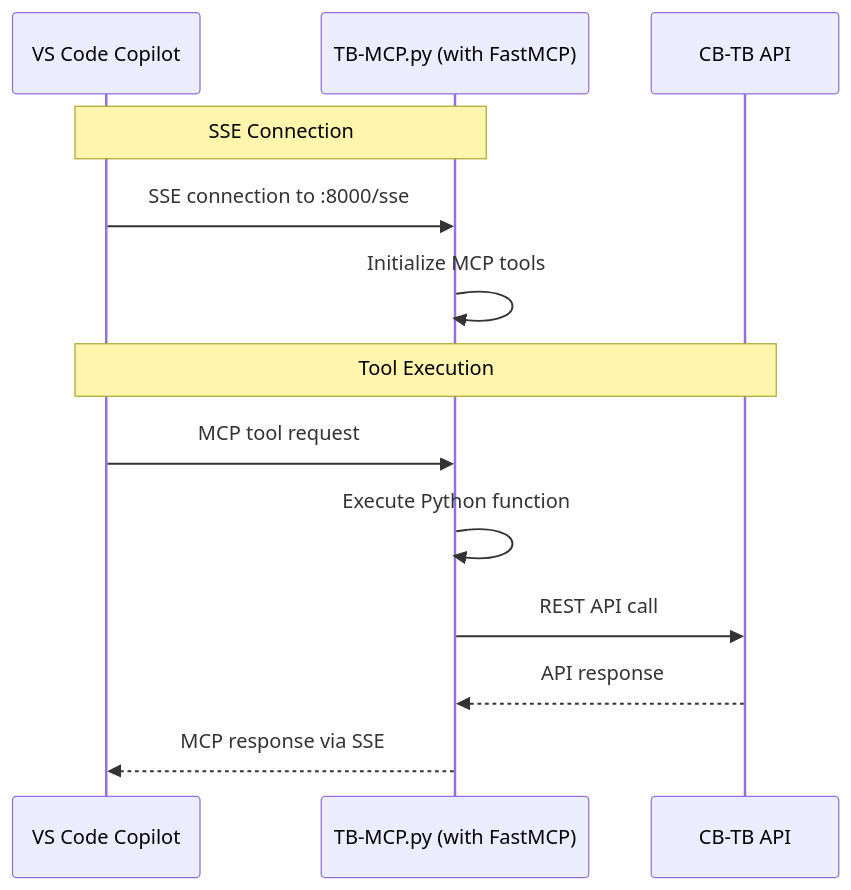
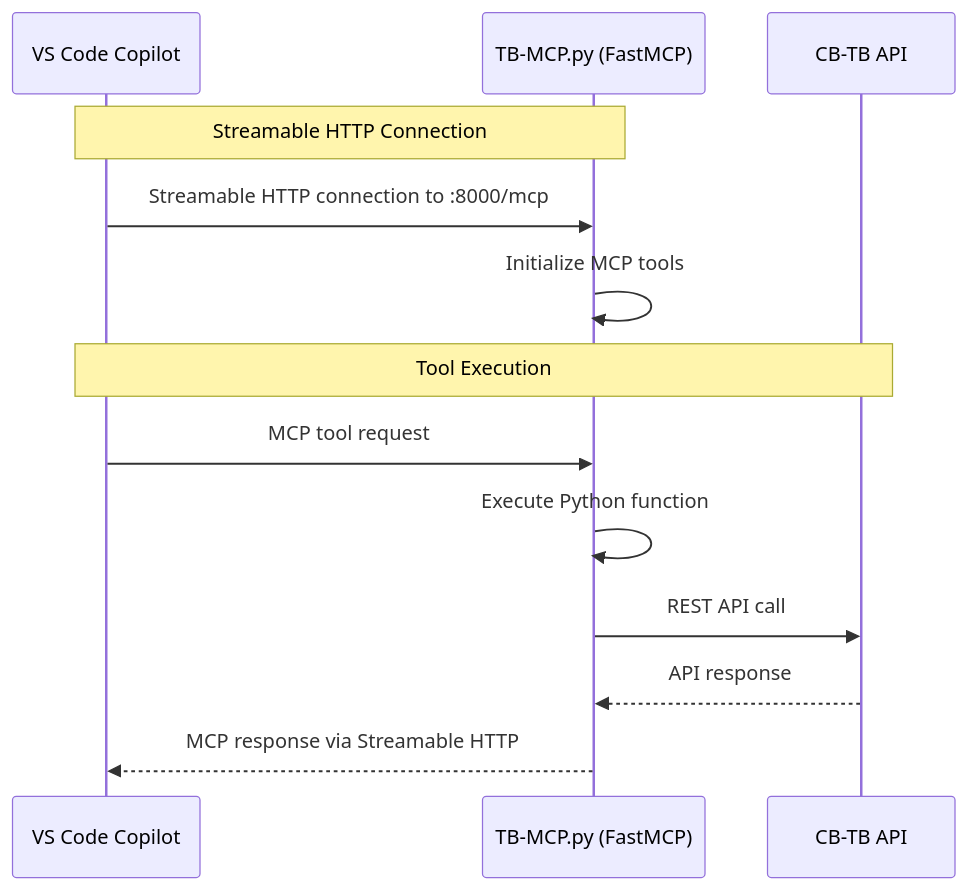
Before and after one commit to cloud-barista/cb-tumblebug: the third of 7 diagrams in src/interface/mcp/architecture.md, drawn with Mermaid. The commit also changed other lines of this file and 7 other files, not shown here.

Commit message:
Change MCP transport from SSE to HTTP

````diff
--- a/src/interface/mcp/architecture.md
+++ b/src/interface/mcp/architecture.md
@@ -128,17 +124,17 @@
 ```mermaid
 sequenceDiagram
     participant VS as VS Code Copilot
-    participant TB as TB-MCP.py (with FastMCP)
+    participant TB as TB-MCP.py (FastMCP)
     participant API as CB-TB API
     
-    Note over VS,TB: SSE Connection
-    VS->>TB: SSE connection to :8000/sse
+    Note over VS,TB: Streamable HTTP Connection
+    VS->>TB: Streamable HTTP connection to :8000/mcp
     TB->>TB: Initialize MCP tools
     
     Note over VS,API: Tool Execution
     VS->>TB: MCP tool request
     TB->>TB: Execute Python function
     TB->>API: REST API call
     API-->>TB: API response
-    TB-->>VS: MCP response via SSE
+    TB-->>VS: MCP response via Streamable HTTP
 ```
````
